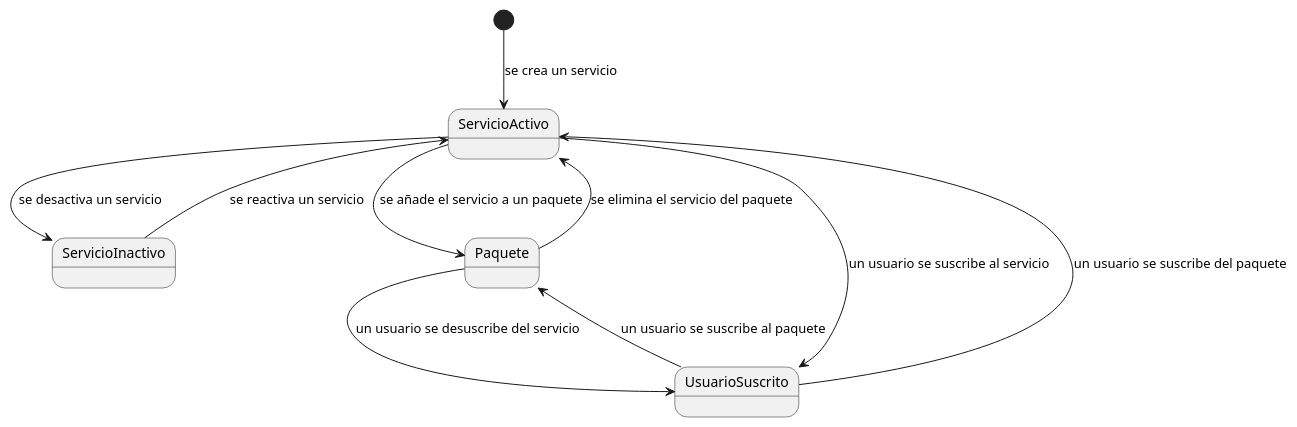
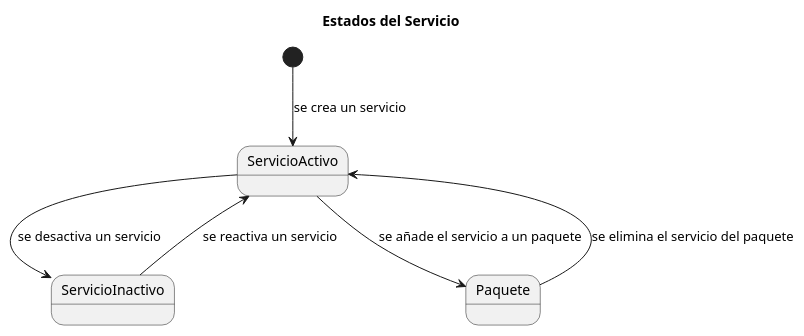
The diagram in Modelo_de_Dominio/Diagramas_de_Estado/Cuarta_Iteración/Servicios/Diagrama_de_Estados_Servicios.puml (mmasias/23-24-IdSw1-SDR), drawn with PlantUML before and after one commit. The commit also changed 1 other file, not shown here.

Commit message:
Eliminado usuarios del diagrama de estados servicios

```diff
--- a/Modelo_de_Dominio/Diagramas_de_Estado/Cuarta_Iteración/Servicios/Diagrama_de_Estados_Servicios.puml
+++ b/Modelo_de_Dominio/Diagramas_de_Estado/Cuarta_Iteración/Servicios/Diagrama_de_Estados_Servicios.puml
@@ -1,12 +1,11 @@
+@startuml
+
+Title Estados del Servicio
 
 [*] --> ServicioActivo : se crea un servicio
 ServicioActivo--> ServicioInactivo : se desactiva un servicio
 ServicioInactivo--> ServicioActivo : se reactiva un servicio
 ServicioActivo-->Paquete :se añade el servicio a un paquete
 Paquete --> ServicioActivo : se elimina el servicio del paquete
-ServicioActivo --> UsuarioSuscrito : un usuario se suscribe al servicio
-Paquete --> UsuarioSuscrito : un usuario se desuscribe del servicio
-UsuarioSuscrito --> Paquete : un usuario se suscribe al paquete
-UsuarioSuscrito --> ServicioActivo : un usuario se suscribe del paquete
 
 @enduml
```
